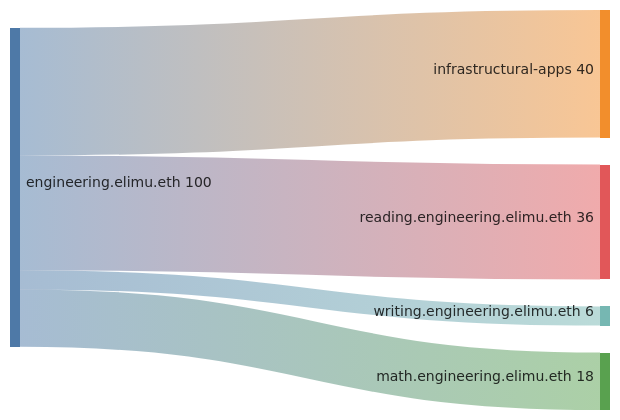
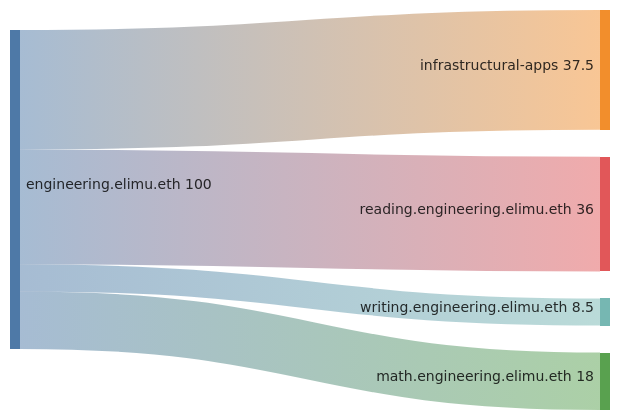
One commit to elimu-ai/web3-wiki changed the second of 3 diagrams in DRIP_LIST_FUNDING_SPLITS.md. Above: the diagram before and after it, drawn with Mermaid.

````diff
--- a/DRIP_LIST_FUNDING_SPLITS.md
+++ b/DRIP_LIST_FUNDING_SPLITS.md
@@ -50,9 +50,9 @@
 ```mermaid
 sankey-beta
 
 %% source,target,value
-engineering.elimu.eth,infrastructural-apps,40
+engineering.elimu.eth,infrastructural-apps,37.5
 engineering.elimu.eth,reading.engineering.elimu.eth,36
-engineering.elimu.eth,writing.engineering.elimu.eth,6
+engineering.elimu.eth,writing.engineering.elimu.eth,8.5
 engineering.elimu.eth,math.engineering.elimu.eth,18
 ```
````
